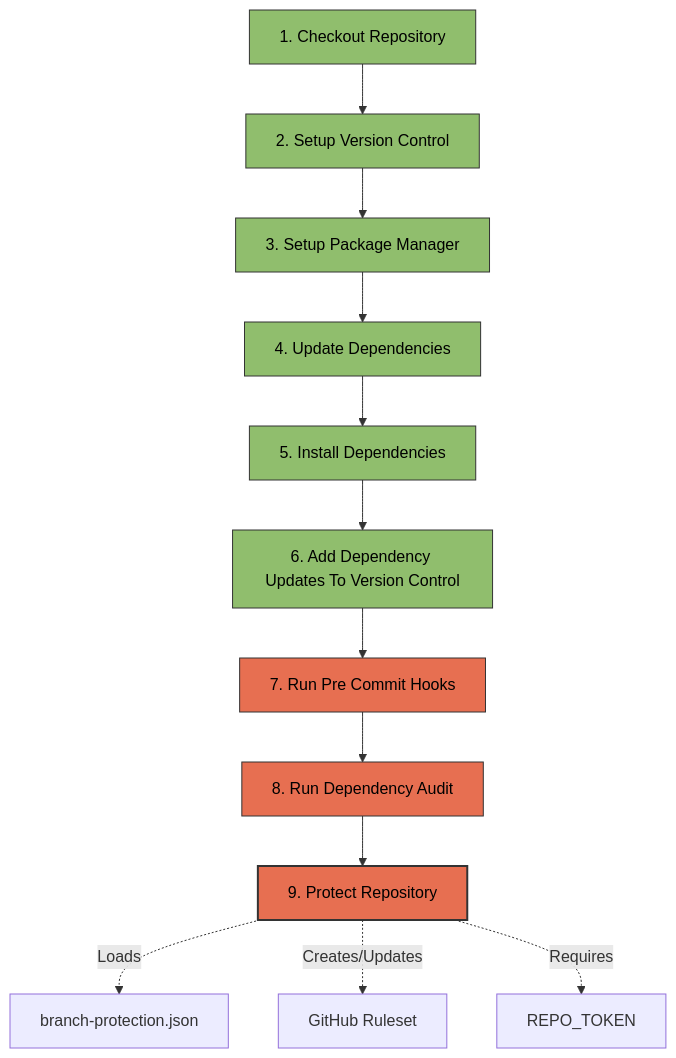
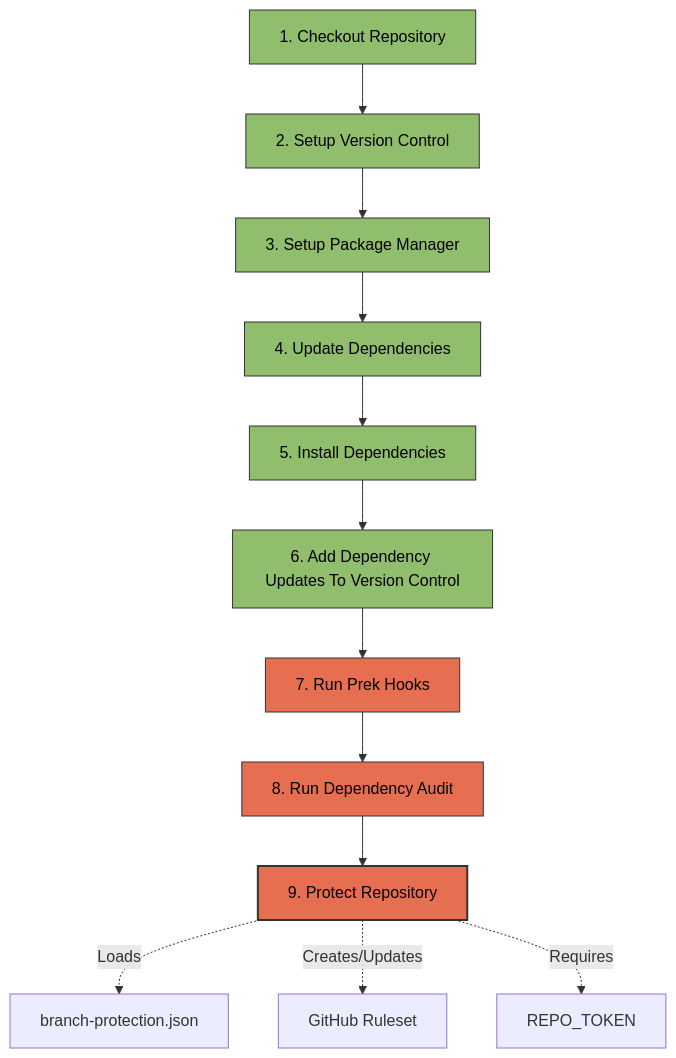
One commit to Winipedia/pyrig changed the second of 3 diagrams in docs/configs/workflows/health_check.md. Above: the diagram before and after it, drawn with Mermaid. The commit also changed other lines of this file and 35 other files, not shown here.

Commit message:
replaced pre-commit with prek

````diff
--- a/docs/configs/workflows/health_check.md
+++ b/docs/configs/workflows/health_check.md
@@ -82,25 +82,25 @@
 ```mermaid
 graph TD
     P1[1. Checkout Repository] --> P2[2. Setup Version Control]
     P2 --> P3[3. Setup Package Manager]
     P3 --> P4[4. Update Dependencies]
     P4 --> P5[5. Install Dependencies]
     P5 --> P6[6. Add Dependency Updates To Version Control]
-    P6 --> P7[7. Run Pre Commit Hooks]
+    P6 --> P7[7. Run Prek Hooks]
     P7 --> P8[8. Run Dependency Audit]
     P8 --> P9[9. Protect Repository]
 
     P9 -.->|Loads| P9A[branch-protection.json]
     P9 -.->|Creates/Updates| P9B[GitHub Ruleset]
     P9 -.->|Requires| P9C[REPO_TOKEN]
 
     style P1 fill:#90be6d,stroke:#333,stroke-width:1px,color:#000
     style P2 fill:#90be6d,stroke:#333,stroke-width:1px,color:#000
     style P3 fill:#90be6d,stroke:#333,stroke-width:1px,color:#000
     style P4 fill:#90be6d,stroke:#333,stroke-width:1px,color:#000
     style P5 fill:#90be6d,stroke:#333,stroke-width:1px,color:#000
     style P6 fill:#90be6d,stroke:#333,stroke-width:1px,color:#000
     style P7 fill:#e76f51,stroke:#333,stroke-width:1px,color:#000
     style P8 fill:#e76f51,stroke:#333,stroke-width:1px,color:#000
     style P9 fill:#e76f51,stroke:#333,stroke-width:2px,color:#000
 ```
````
